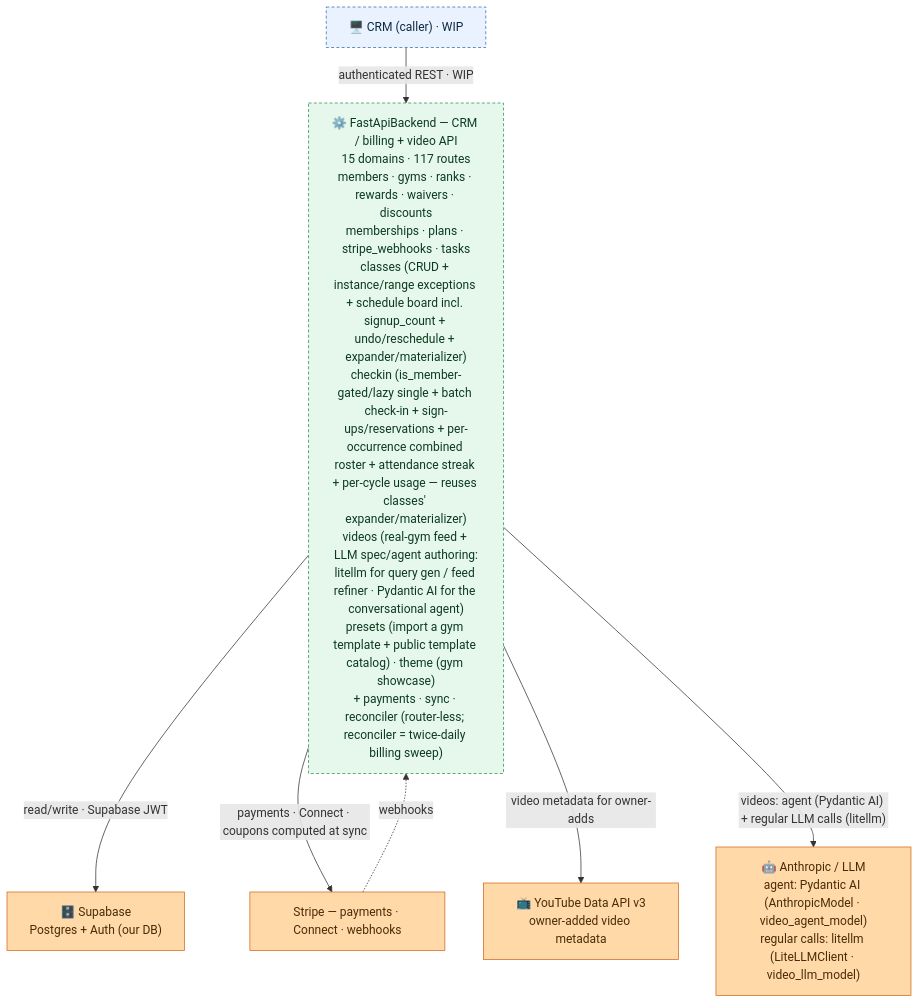
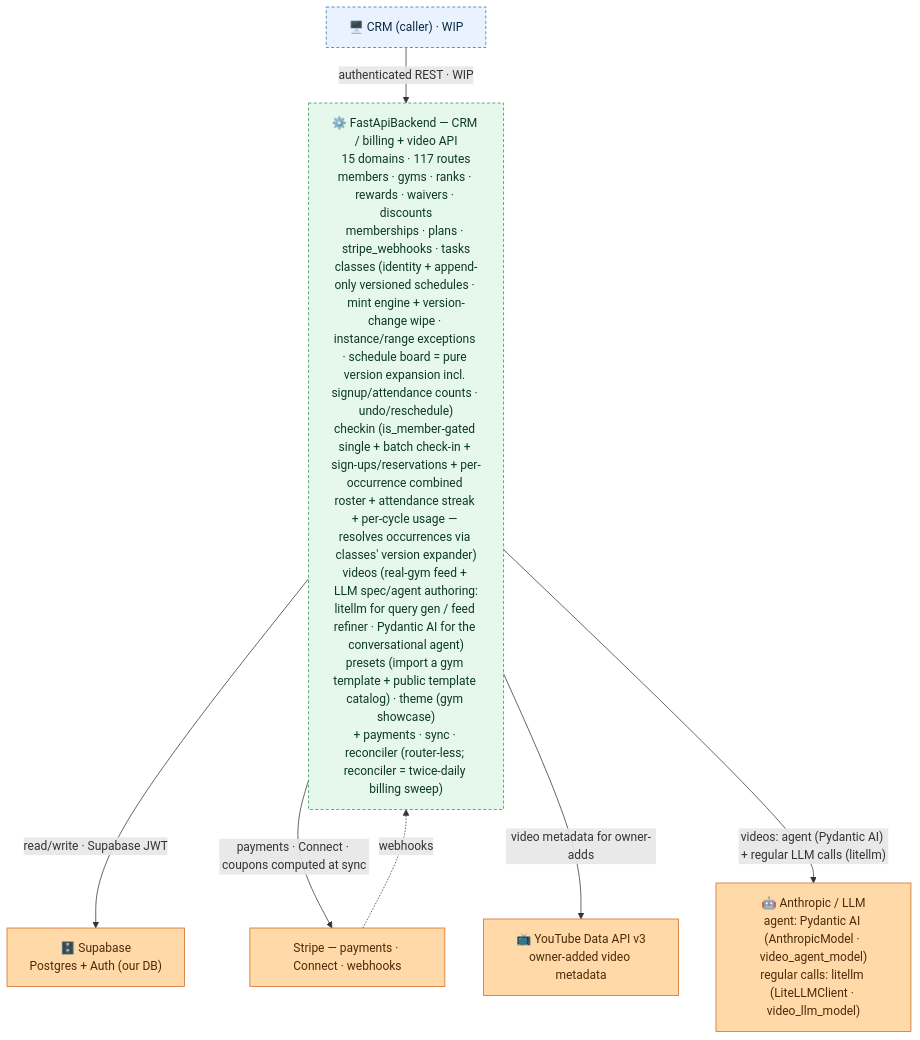
One commit to jesse51002/CombatDen changed the diagram in FastApiBackend/README.md. Above: the diagram before and after it, drawn with Mermaid. The commit also changed other lines of this file and 158 other files, not shown here.

````diff
--- a/FastApiBackend/README.md
+++ b/FastApiBackend/README.md
@@ -16,23 +16,23 @@
 ```mermaid
 flowchart TB
   CRM["🖥️ CRM (caller) · WIP"]
-  FB["⚙️ FastApiBackend — CRM / billing + video API<br/>15 domains · 117 routes<br/>members · gyms · ranks · rewards · waivers · discounts<br/>memberships · plans · stripe_webhooks · tasks<br/>classes (CRUD + instance/range exceptions + schedule board incl. signup_count + undo/reschedule + expander/materializer)<br/>checkin (is_member-gated/lazy single + batch check-in + sign-ups/reservations + per-occurrence combined roster + attendance streak + per-cycle usage — reuses classes' expander/materializer)<br/>videos (real-gym feed + LLM spec/agent authoring:<br/>litellm for query gen / feed refiner · Pydantic AI for the conversational agent)<br/>presets (import a gym template + public template catalog) · theme (gym showcase)<br/>+ payments · sync · reconciler (router-less; reconciler = twice-daily billing sweep)"]
+  FB["⚙️ FastApiBackend — CRM / billing + video API<br/>15 domains · 117 routes<br/>members · gyms · ranks · rewards · waivers · discounts<br/>memberships · plans · stripe_webhooks · tasks<br/>classes (identity + append-only versioned schedules · mint engine + version-change wipe · instance/range exceptions · schedule board = pure version expansion incl. signup/attendance counts · undo/reschedule)<br/>checkin (is_member-gated single + batch check-in + sign-ups/reservations + per-occurrence combined roster + attendance streak + per-cycle usage — resolves occurrences via classes' version expander)<br/>videos (real-gym feed + LLM spec/agent authoring:<br/>litellm for query gen / feed refiner · Pydantic AI for the conversational agent)<br/>presets (import a gym template + public template catalog) · theme (gym showcase)<br/>+ payments · sync · reconciler (router-less; reconciler = twice-daily billing sweep)"]
   Supabase["🗄️ Supabase<br/>Postgres + Auth (our DB)"]
   Stripe["Stripe — payments · Connect · webhooks"]
   YouTube["📺 YouTube Data API v3<br/>owner-added video metadata"]
   LLMProvider["🤖 Anthropic / LLM<br/>agent: Pydantic AI (AnthropicModel · video_agent_model)<br/>regular calls: litellm (LiteLLMClient · video_llm_model)"]
   CRM -->|"authenticated REST · WIP"| FB
   FB -->|"read/write · Supabase JWT"| Supabase
   FB -->|"payments · Connect · coupons computed at sync"| Stripe
   Stripe -.->|"webhooks"| FB
   FB -->|"video metadata for owner-adds"| YouTube
   FB -->|"videos: agent (Pydantic AI) + regular LLM calls (litellm)"| LLMProvider
   classDef client fill:#eaf2ff,stroke:#2f6fb0,color:#0b2942;
   classDef svc fill:#e6f7ec,stroke:#2f8f53,color:#0c3a1f;
   classDef ext fill:#ffd9a8,stroke:#d2691e,color:#4a2c08;
   class CRM client;
   class FB svc;
   class Supabase,Stripe,YouTube,LLMProvider ext;
   style CRM stroke-dasharray:4 3;
   style FB stroke-dasharray:4 3;
 ```
````
